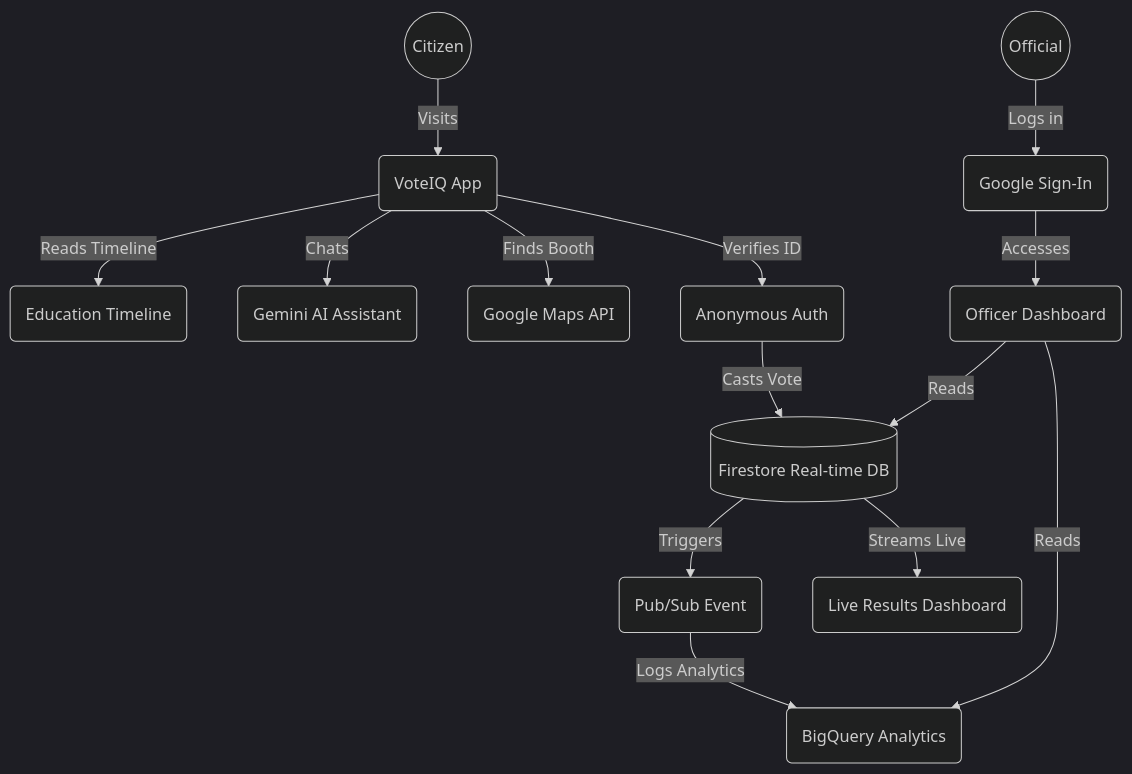
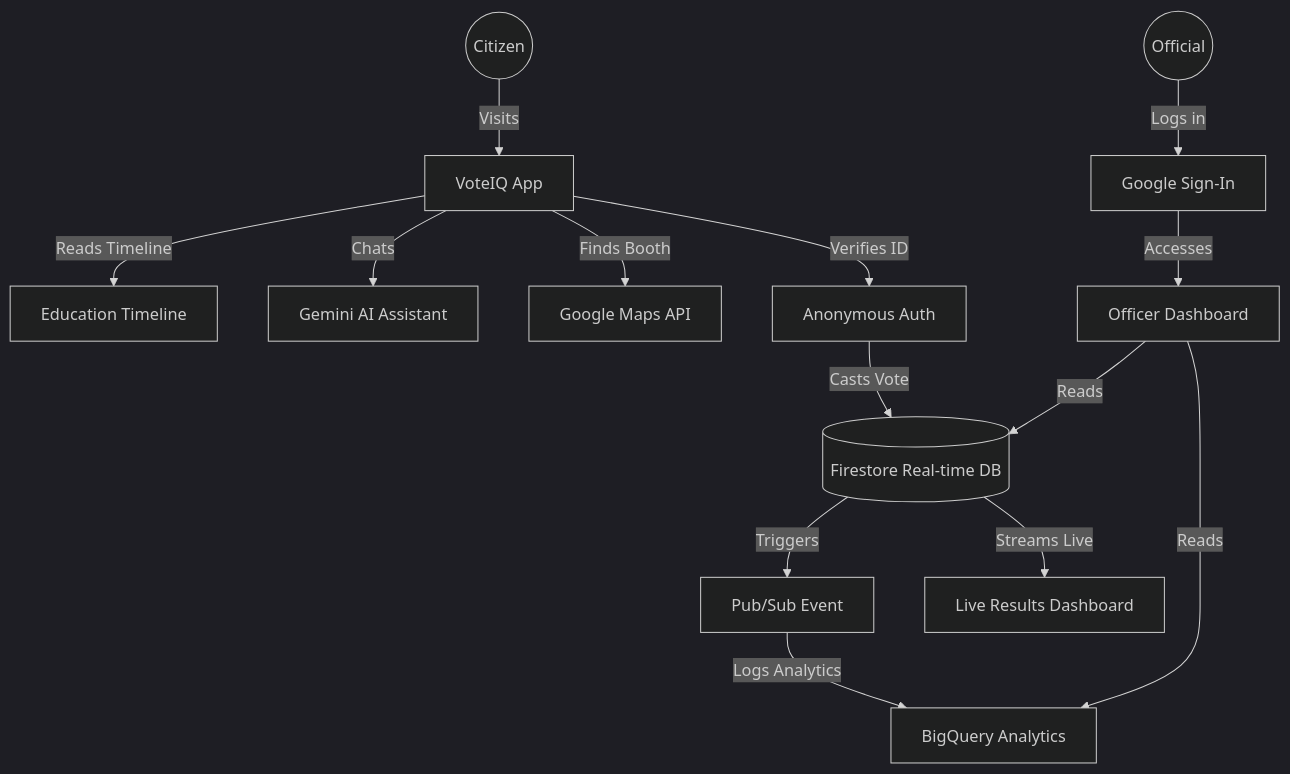
One commit to CodeWithMehru/VoteIQ changed the first of 3 diagrams in README.md. Above: the diagram before and after it, drawn with Mermaid (dark theme).

Commit message:
docs: fix mermaid syntax in Section 3 to prevent GitHub rendering crash

````diff
--- a/README.md
+++ b/README.md
@@ -28,16 +28,16 @@
 ```mermaid
 graph TD
-    User((Citizen)) -->|Visits| App(VoteIQ App)
-    App -->|Reads Timeline| TL(Education Timeline)
-    App -->|Chats| AI(Gemini AI Assistant)
-    App -->|Finds Booth| Map(Google Maps API)
-    App -->|Verifies ID| Auth(Anonymous Auth)
-    Auth -->|Casts Vote| DB[(Firestore Real-time DB)]
-    DB -->|Triggers| PS(Pub/Sub Event)
-    PS -->|Logs Analytics| BQ(BigQuery Analytics)
-    DB -->|Streams Live| LR(Live Results Dashboard)
-    Officer((Official)) -->|Logs in| OAuth(Google Sign-In)
-    OAuth -->|Accesses| Dashboard(Officer Dashboard)
+    User((Citizen)) -->|Visits| App["VoteIQ App"]
+    App -->|Reads Timeline| TL["Education Timeline"]
+    App -->|Chats| AI["Gemini AI Assistant"]
+    App -->|Finds Booth| Map["Google Maps API"]
+    App -->|Verifies ID| Auth["Anonymous Auth"]
+    Auth -->|Casts Vote| DB[("Firestore Real-time DB")]
+    DB -->|Triggers| PS["Pub/Sub Event"]
+    PS -->|Logs Analytics| BQ["BigQuery Analytics"]
+    DB -->|Streams Live| LR["Live Results Dashboard"]
+    Officer((Official)) -->|Logs in| OAuth["Google Sign-In"]
+    OAuth -->|Accesses| Dashboard["Officer Dashboard"]
     Dashboard -->|Reads| DB
     Dashboard -->|Reads| BQ
 ```
````
